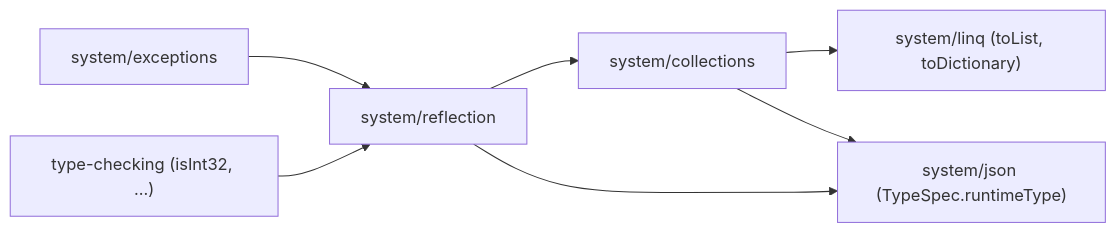
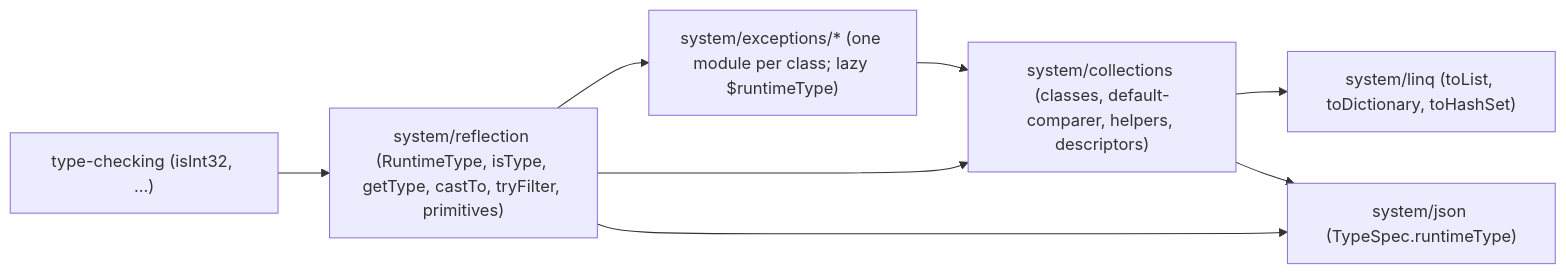
One commit to danfma/metano changed the second of 2 diagrams in specs/011-runtime-collections-and-types/data-model.md. Above: the diagram before and after it, drawn with Mermaid. The commit also changed other lines of this file and 12 other files, not shown here.

````diff
--- a/specs/011-runtime-collections-and-types/data-model.md
+++ b/specs/011-runtime-collections-and-types/data-model.md
@@ -151,9 +168,10 @@
 ```mermaid
 flowchart LR
-  exceptions["system/exceptions"] --> reflection["system/reflection"]
-  reflection --> collections["system/collections"]
-  collections --> linq["system/linq (toList, toDictionary)"]
+  typechecking["type-checking (isInt32, …)"] --> reflection["system/reflection (RuntimeType, isType, getType, castTo, tryFilter, primitives)"]
+  reflection --> exceptions["system/exceptions/* (one module per class; lazy $runtimeType)"]
+  exceptions --> collections["system/collections (classes, default-comparer, helpers, descriptors)"]
+  reflection --> collections
+  collections --> linq["system/linq (toList, toDictionary, toHashSet)"]
   reflection --> json["system/json (TypeSpec.runtimeType)"]
   collections --> json
-  typechecking["type-checking (isInt32, …)"] --> reflection
 ```
````
